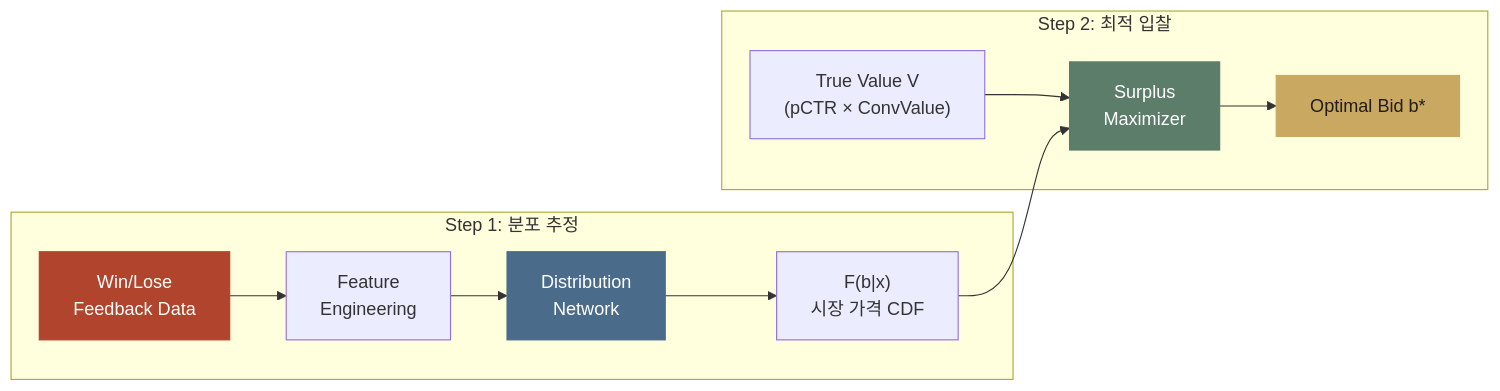
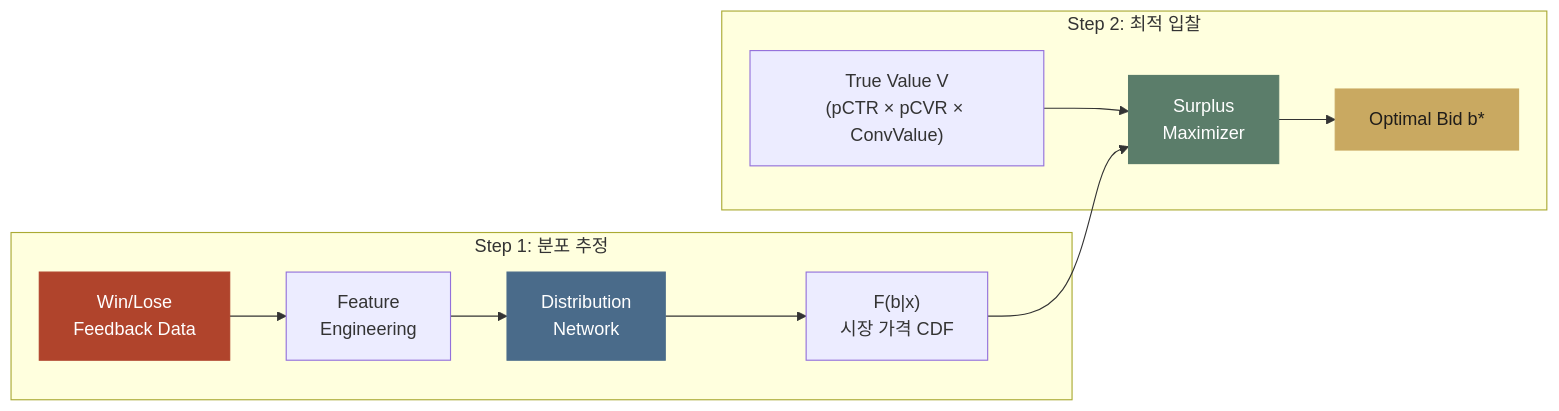
One commit to chkimsu/adtech-blog changed the first of 2 diagrams in posts-easy/bid-shading-censored.md. Above: the diagram before and after it, drawn with Mermaid. The commit also changed other lines of this file and 2 other files, not shown here.

````diff
--- a/posts-easy/bid-shading-censored.md
+++ b/posts-easy/bid-shading-censored.md
@@ -178,19 +178,19 @@
 ```mermaid
 graph LR
     subgraph Step1["Step 1: 분포 추정"]
         DATA["Win/Lose<br/>Feedback Data"] --> FEAT["Feature<br/>Engineering"]
         FEAT --> MODEL["Distribution<br/>Network"]
         MODEL --> DIST["F(b|x)<br/>시장 가격 CDF"]
     end
 
     subgraph Step2["Step 2: 최적 입찰"]
-        TV["True Value V<br/>(pCTR × ConvValue)"] --> OPT["Surplus<br/>Maximizer"]
+        TV["True Value V<br/>(pCTR × pCVR × ConvValue)"] --> OPT["Surplus<br/>Maximizer"]
         DIST --> OPT
         OPT --> BID["Optimal Bid b*"]
     end
 
     style DATA fill:#b0442c,stroke:#b0442c,color:#fff
     style MODEL fill:#4a6b8a,stroke:#4a6b8a,color:#fff
     style OPT fill:#5b7d6a,stroke:#5b7d6a,color:#fff
     style BID fill:#c9a961,stroke:#c9a961,color:#201d1a
 ```
````
